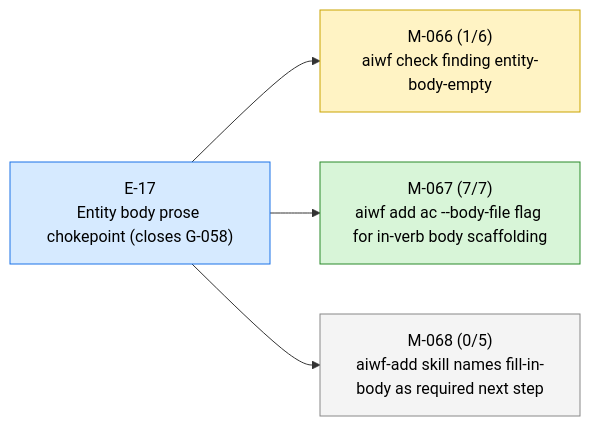
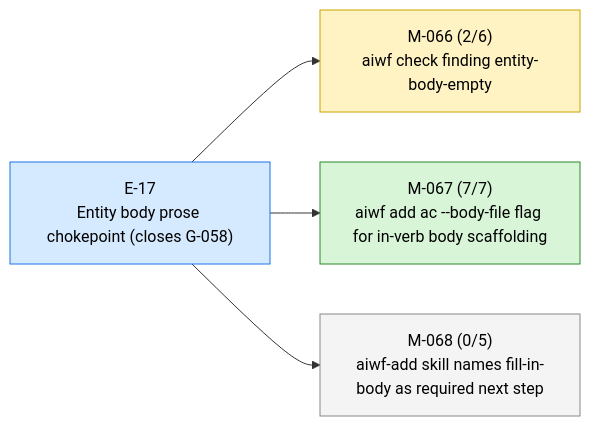
Before and after one commit to 23min/aiwf: the first of 4 diagrams in STATUS.md, drawn with Mermaid. The commit also changed other lines of this file and 1 other file, not shown here.

First line of the commit message:
aiwf promote M-066/AC-2 open -> met

````diff
--- a/STATUS.md
+++ b/STATUS.md
@@ -13,16 +13,16 @@
 ```mermaid
 flowchart LR
   E_17["E-17<br/>Entity body prose chokepoint (closes G-058)"]:::epic_active
-  M_066["M-066 (1/6)<br/>aiwf check finding entity-body-empty"]:::ms_in_progress
+  M_066["M-066 (2/6)<br/>aiwf check finding entity-body-empty"]:::ms_in_progress
   E_17 --> M_066
   M_067["M-067 (7/7)<br/>aiwf add ac --body-file flag for in-verb body scaffolding"]:::ms_done
   E_17 --> M_067
   M_068["M-068 (0/5)<br/>aiwf-add skill names fill-in-body as required next step"]:::ms_draft
   E_17 --> M_068
   classDef epic_active fill:#d6eaff,stroke:#1a73e8,color:#000
   classDef epic_proposed fill:#f4f4f4,stroke:#888,color:#000
   classDef ms_done fill:#d8f5d8,stroke:#2a8a2a,color:#000
   classDef ms_in_progress fill:#fff3c4,stroke:#caa400,color:#000
   classDef ms_draft fill:#f4f4f4,stroke:#888,color:#000
   classDef ms_cancelled fill:#fbeaea,stroke:#c33,color:#000
 ```
````
